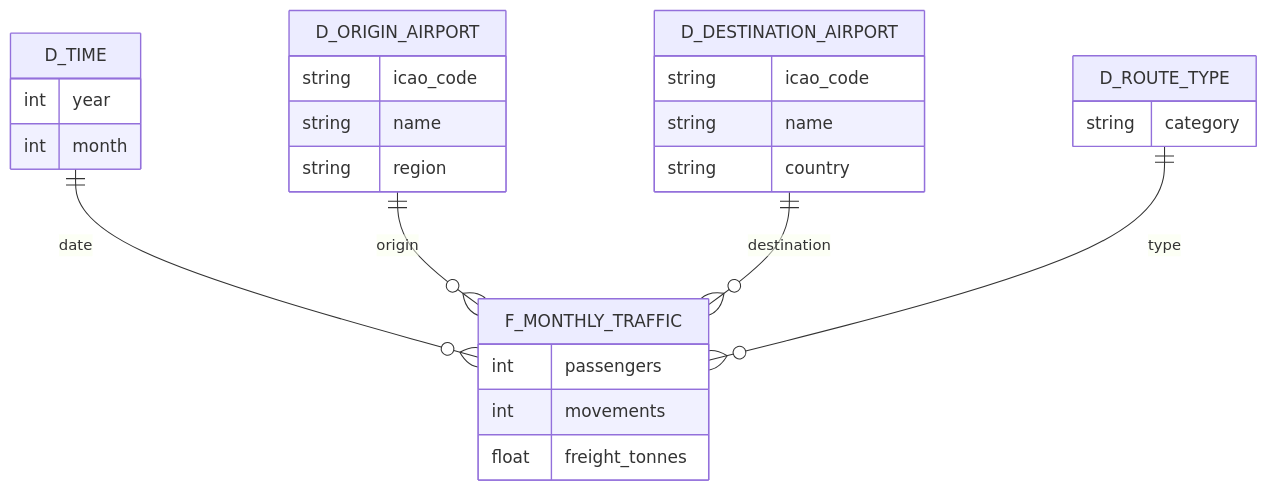
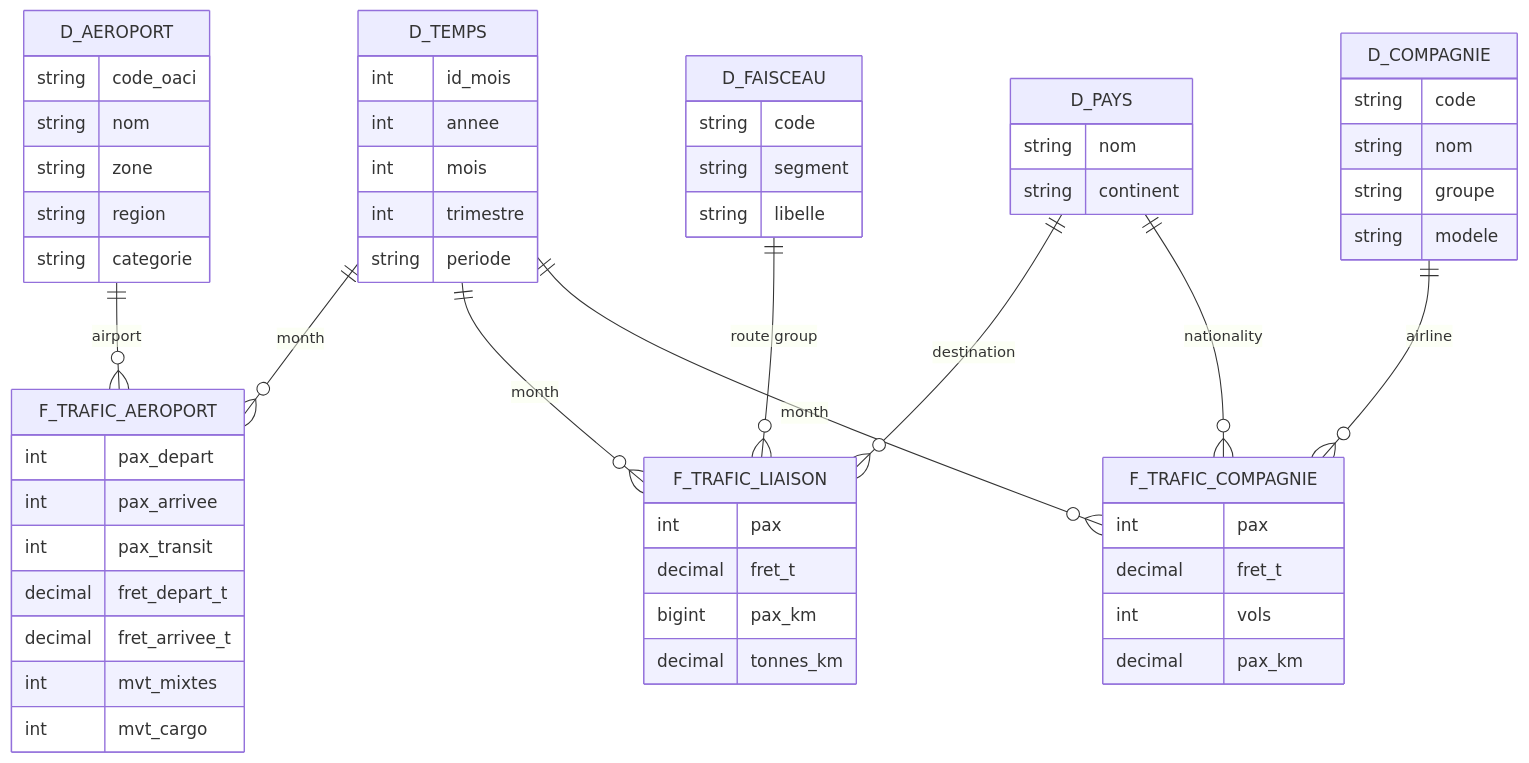
The diagram in README.en.md (DANUTSHELL/PROJET-Dashboard-Trafic-Aerien-Commercial-Francais-par-Aeroport), drawn with Mermaid before and after one commit. The commit also changed other lines of this file and 2 other files, not shown here.

````diff
--- a/README.en.md
+++ b/README.en.md
@@ -46,30 +55,62 @@
 ```mermaid
 erDiagram
-    D_TIME ||--o{ F_MONTHLY_TRAFFIC : "date"
-    D_ORIGIN_AIRPORT ||--o{ F_MONTHLY_TRAFFIC : "origin"
-    D_DESTINATION_AIRPORT ||--o{ F_MONTHLY_TRAFFIC : "destination"
-    D_ROUTE_TYPE ||--o{ F_MONTHLY_TRAFFIC : "type"
+    D_TEMPS ||--o{ F_TRAFIC_AEROPORT : "month"
+    D_TEMPS ||--o{ F_TRAFIC_LIAISON : "month"
+    D_TEMPS ||--o{ F_TRAFIC_COMPAGNIE : "month"
+    D_AEROPORT ||--o{ F_TRAFIC_AEROPORT : "airport"
+    D_FAISCEAU ||--o{ F_TRAFIC_LIAISON : "route group"
+    D_PAYS ||--o{ F_TRAFIC_LIAISON : "destination"
+    D_PAYS ||--o{ F_TRAFIC_COMPAGNIE : "nationality"
+    D_COMPAGNIE ||--o{ F_TRAFIC_COMPAGNIE : "airline"
 
-    F_MONTHLY_TRAFFIC {
-        int passengers
-        int movements
-        float freight_tonnes
+    F_TRAFIC_AEROPORT {
+        int pax_depart
+        int pax_arrivee
+        int pax_transit
+        decimal fret_depart_t
+        decimal fret_arrivee_t
+        int mvt_mixtes
+        int mvt_cargo
     }
-    D_TIME {
-        int year
-        int month
+    F_TRAFIC_LIAISON {
+        int pax
+        decimal fret_t
+        bigint pax_km
+        decimal tonnes_km
     }
-    D_ORIGIN_AIRPORT {
-        string icao_code
-        string name
+    F_TRAFIC_COMPAGNIE {
+        int pax
+        decimal fret_t
+        int vols
+        decimal pax_km
+    }
+    D_TEMPS {
+        int id_mois
+        int annee
+        int mois
+        int trimestre
+        string periode
+    }
+    D_AEROPORT {
+        string code_oaci
+        string nom
+        string zone
         string region
+        string categorie
     }
-    D_DESTINATION_AIRPORT {
-        string icao_code
-        string name
-        string country
+    D_FAISCEAU {
+        string code
+        string segment
+        string libelle
     }
-    D_ROUTE_TYPE {
-        string category
+    D_PAYS {
+        string nom
+        string continent
+    }
+    D_COMPAGNIE {
+        string code
+        string nom
+        string groupe
+        string modele
     }
 ```
````
